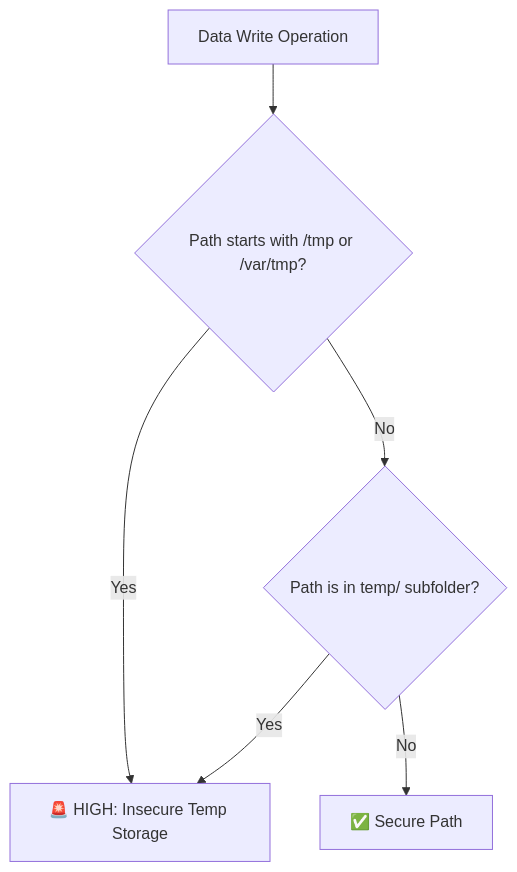
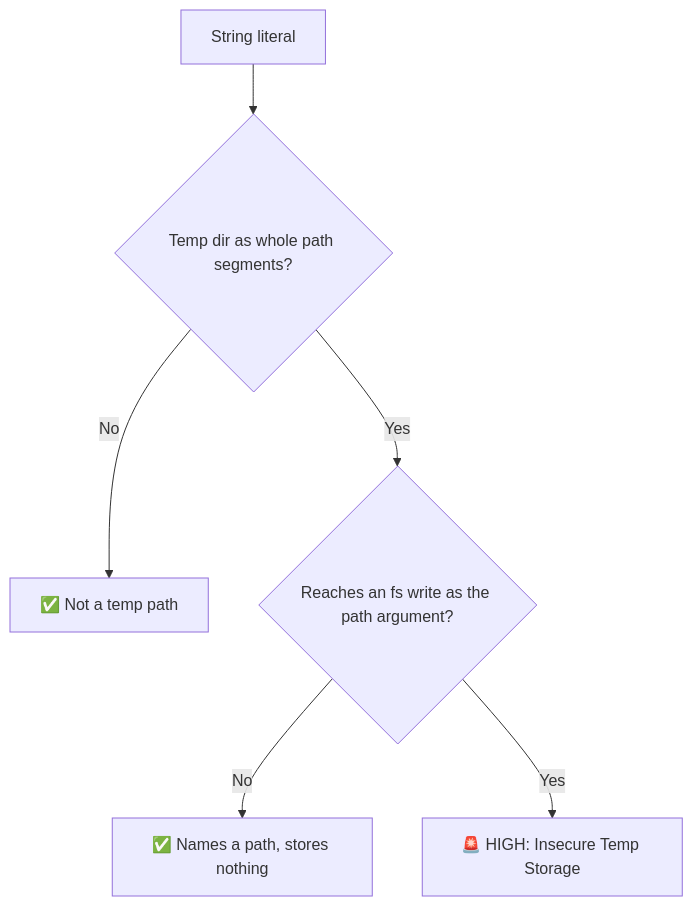
The diagram in packages/eslint-plugin-node-security/docs/rules/no-data-in-temp-storage.md (ofri-peretz/eslint), drawn with Mermaid before and after one commit. The commit also changed other lines of this file and 72 other files, not shown here.

````diff
--- a/packages/eslint-plugin-node-security/docs/rules/no-data-in-temp-storage.md
+++ b/packages/eslint-plugin-node-security/docs/rules/no-data-in-temp-storage.md
@@ -37,8 +50,8 @@
 ```mermaid
 graph TD
-    A[Data Write Operation] --> B{Path starts with /tmp or /var/tmp?}
-    B -- Yes --> C[🚨 HIGH: Insecure Temp Storage]
-    B -- No --> D{Path is in temp/ subfolder?}
-    D -- Yes --> C
-    D -- No --> E[✅ Secure Path]
+    A[String literal] --> B{Temp dir as whole path segments?}
+    B -- No --> E[✅ Not a temp path]
+    B -- Yes --> C{Reaches an fs write as the path argument?}
+    C -- No --> F[✅ Names a path, stores nothing]
+    C -- Yes --> D[🚨 HIGH: Insecure Temp Storage]
 ```
````
